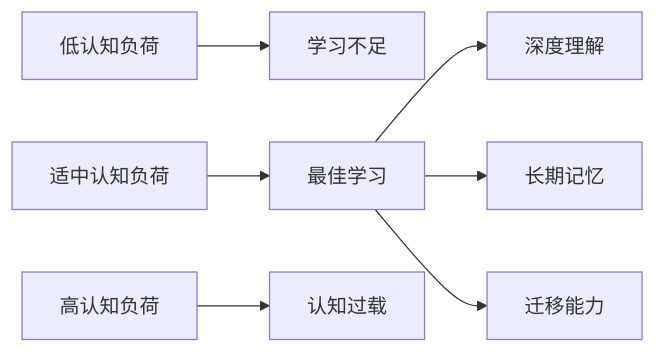
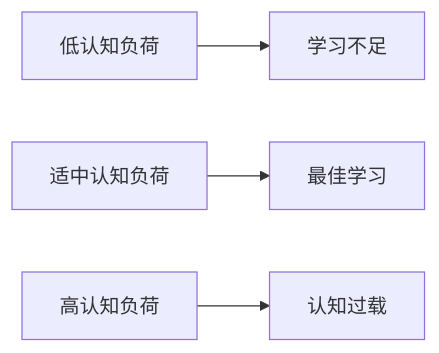
The third of 3 diagrams in 01-哲学科学基础/01-认知科学与学习理论.md (AdaMartin18010/SeniorEnducation), drawn with Mermaid before and after one commit. The commit also changed other lines of this file and 2 other files, not shown here.

````diff
--- a/01-哲学科学基础/01-认知科学与学习理论.md
+++ b/01-哲学科学基础/01-认知科学与学习理论.md
@@ -195,10 +223,6 @@
 ```mermaid
 graph LR
     A[低认知负荷] --> B[学习不足]
     C[适中认知负荷] --> D[最佳学习]
     E[高认知负荷] --> F[认知过载]
-    
-    D --> G[深度理解]
-    D --> H[长期记忆]
-    D --> I[迁移能力]
 ```
````
